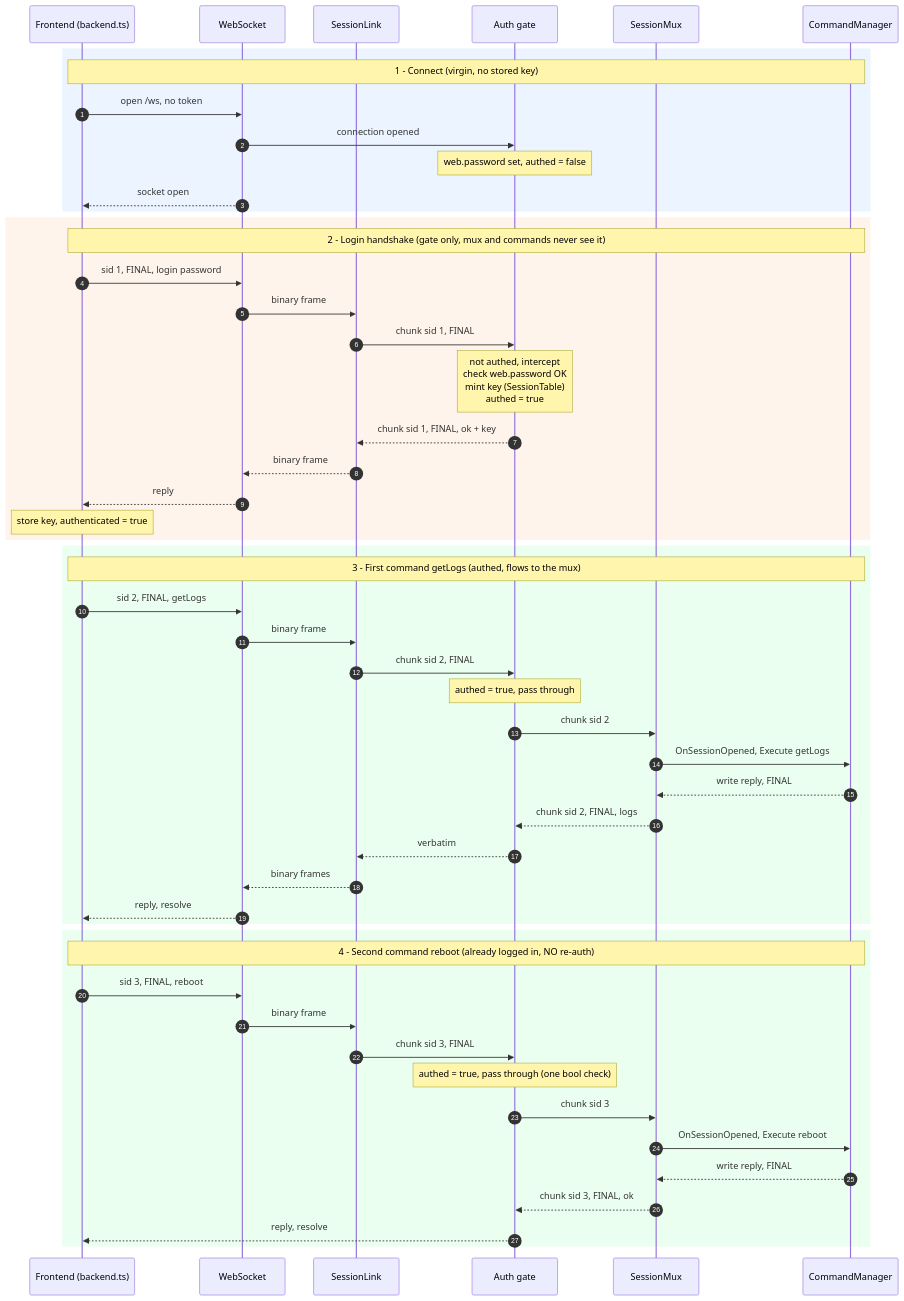
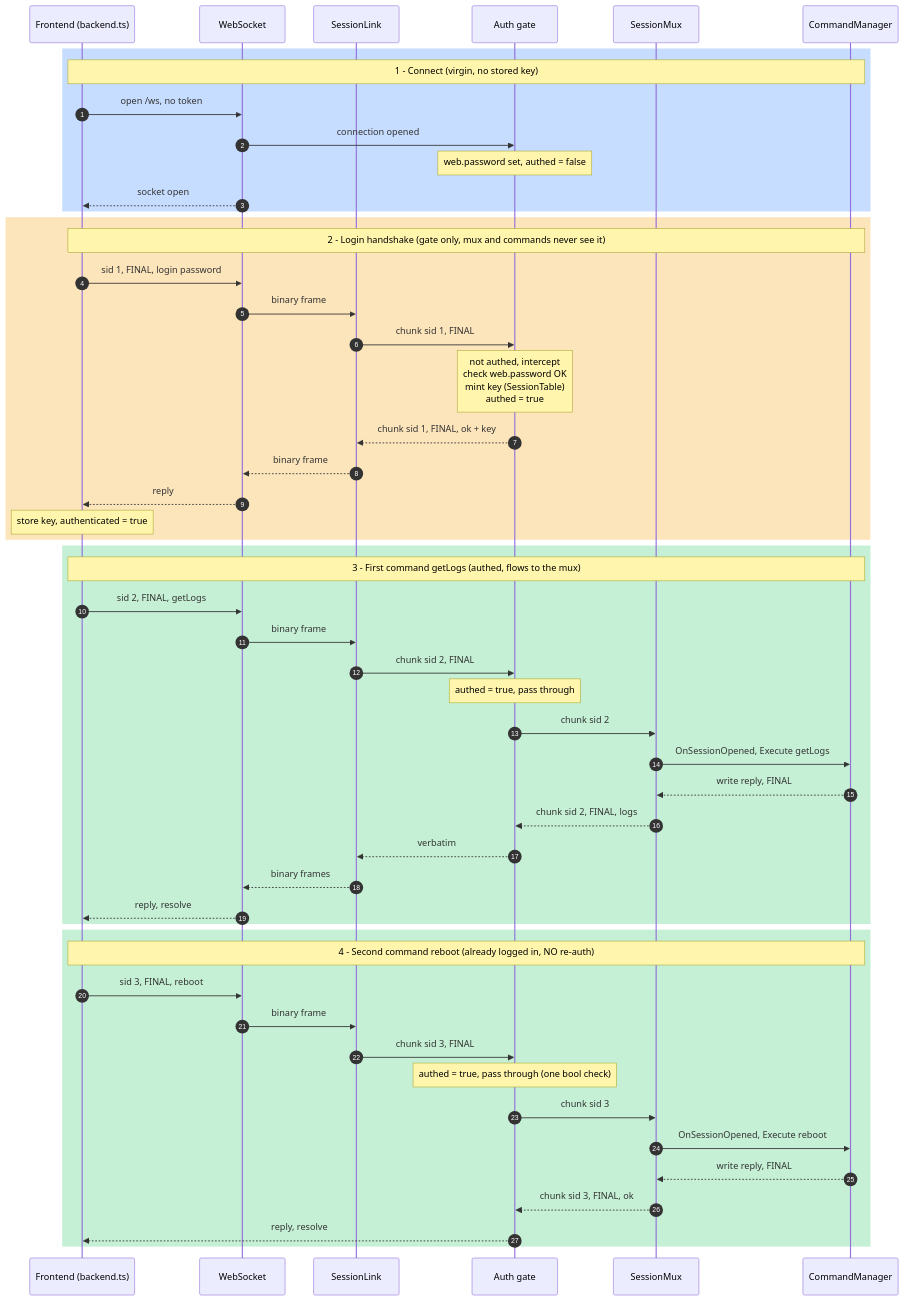
Before and after one commit to vanBassum/ESPSkeleton: the diagram in docs/superpowers/specs/2026-07-10-login-over-websocket-design.md, drawn with Mermaid.

Commit message:
Design: deepen Mermaid phase-box backgrounds (rgba tints)
The pale pastel rect fills washed out. Use saturated rgba tints (~0.28 alpha)
so the phase bands read clearly in both light and dark preview themes without
hiding the text.

````diff
--- a/docs/superpowers/specs/2026-07-10-login-over-websocket-design.md
+++ b/docs/superpowers/specs/2026-07-10-login-over-websocket-design.md
@@ -89,58 +89,58 @@
 ```mermaid
 sequenceDiagram
     autonumber
     participant FE as Frontend (backend.ts)
     participant WS as WebSocket
     participant SL as SessionLink
     participant Gate as Auth gate
     participant Mux as SessionMux
     participant Cmd as CommandManager
 
-    rect rgb(235, 244, 255)
+    rect rgba(56, 132, 255, 0.28)
     Note over FE,Cmd: 1 - Connect (virgin, no stored key)
     FE->>WS: open /ws, no token
     WS->>Gate: connection opened
     Note over Gate: web.password set, authed = false
     WS-->>FE: socket open
     end
 
-    rect rgb(255, 244, 235)
+    rect rgba(245, 158, 11, 0.28)
     Note over FE,Cmd: 2 - Login handshake (gate only, mux and commands never see it)
     FE->>WS: sid 1, FINAL, login password
     WS->>SL: binary frame
     SL->>Gate: chunk sid 1, FINAL
     Note over Gate: not authed, intercept<br/>check web.password OK<br/>mint key (SessionTable)<br/>authed = true
     Gate-->>SL: chunk sid 1, FINAL, ok + key
     SL-->>WS: binary frame
     WS-->>FE: reply
     Note over FE: store key, authenticated = true
     end
 
-    rect rgb(235, 255, 240)
+    rect rgba(34, 197, 94, 0.26)
     Note over FE,Cmd: 3 - First command getLogs (authed, flows to the mux)
     FE->>WS: sid 2, FINAL, getLogs
     WS->>SL: binary frame
     SL->>Gate: chunk sid 2, FINAL
     Note over Gate: authed = true, pass through
     Gate->>Mux: chunk sid 2
     Mux->>Cmd: OnSessionOpened, Execute getLogs
     Cmd-->>Mux: write reply, FINAL
     Mux-->>Gate: chunk sid 2, FINAL, logs
     Gate-->>SL: verbatim
     SL-->>WS: binary frames
     WS-->>FE: reply, resolve
     end
 
-    rect rgb(235, 255, 240)
+    rect rgba(34, 197, 94, 0.26)
     Note over FE,Cmd: 4 - Second command reboot (already logged in, NO re-auth)
     FE->>WS: sid 3, FINAL, reboot
     WS->>SL: binary frame
     SL->>Gate: chunk sid 3, FINAL
     Note over Gate: authed = true, pass through (one bool check)
     Gate->>Mux: chunk sid 3
     Mux->>Cmd: OnSessionOpened, Execute reboot
     Cmd-->>Mux: write reply, FINAL
     Mux-->>Gate: chunk sid 3, FINAL, ok
     Gate-->>FE: reply, resolve
     end
 ```
````
